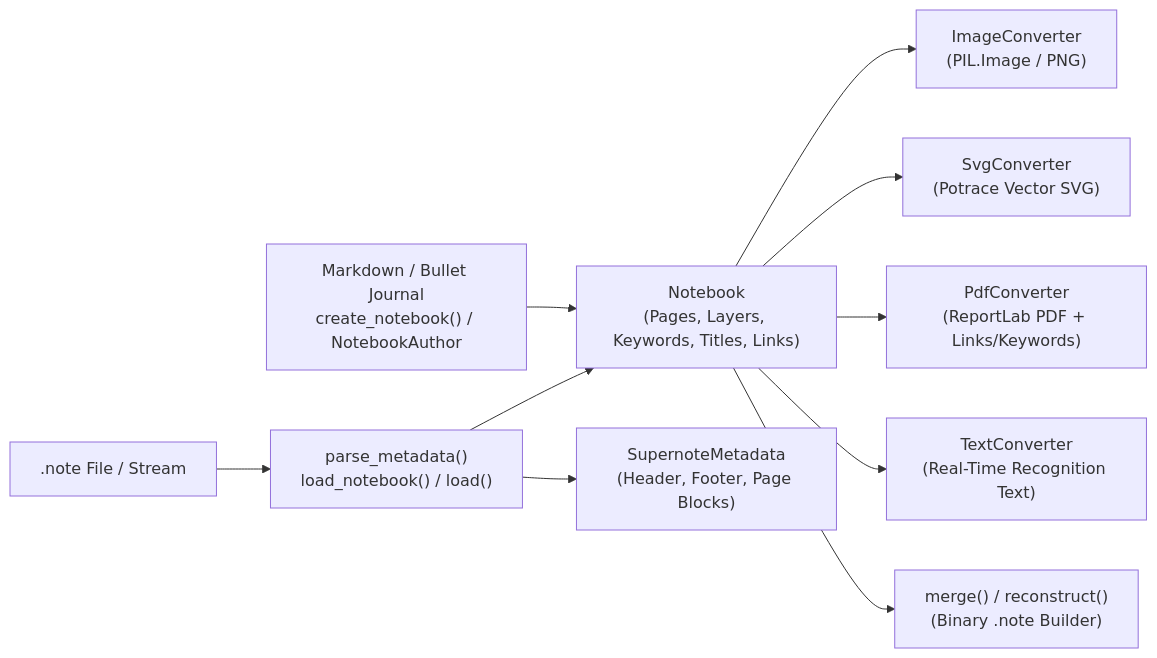
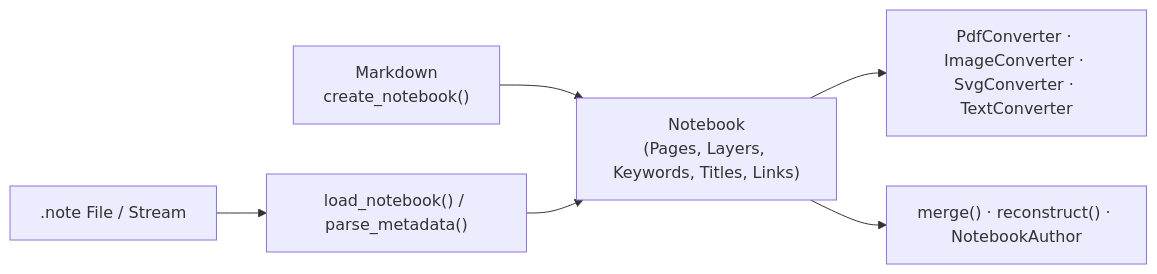
One commit to allenporter/supernote changed the diagram in supernote/notebook/README.md. Above: the diagram before and after it, drawn with Mermaid. The commit also changed 7 other files, not shown here.

Commit message:
docs: remove redundant Mermaid diagrams and fix Mermaid 11 line breaks & linkify

````diff
--- a/supernote/notebook/README.md
+++ b/supernote/notebook/README.md
@@ -7,12 +7,8 @@
 ```mermaid
 flowchart LR
-    MD["Markdown / Bullet Journal\ncreate_notebook() / NotebookAuthor"] --> NB["Notebook\n(Pages, Layers, Keywords, Titles, Links)"]
-    FILE[".note File / Stream"] --> PARSER["parse_metadata()\nload_notebook() / load()"]
-    PARSER --> META["SupernoteMetadata\n(Header, Footer, Page Blocks)"]
+    MD["Markdown<br/>create_notebook()"] --> NB["Notebook<br/>(Pages, Layers, Keywords, Titles, Links)"]
+    FILE[".note File / Stream"] --> PARSER["load_notebook() / parse_metadata()"]
     PARSER --> NB
-    NB --> IMG["ImageConverter\n(PIL.Image / PNG)"]
-    NB --> SVG["SvgConverter\n(Potrace Vector SVG)"]
-    NB --> PDF["PdfConverter\n(ReportLab PDF + Links/Keywords)"]
-    NB --> TXT["TextConverter\n(Real-Time Recognition Text)"]
-    NB --> MANIP["merge() / reconstruct()\n(Binary .note Builder)"]
+    NB --> EXPORT["PdfConverter · ImageConverter · SvgConverter · TextConverter"]
+    NB --> MANIP["merge() · reconstruct() · NotebookAuthor"]
 ```
````
